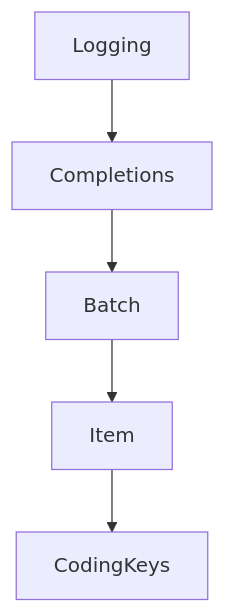
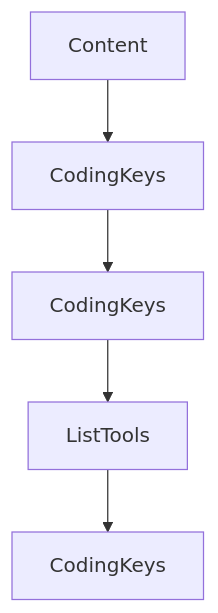
One commit to johnxie/awesome-code-docs changed the diagram in tutorials/mcp-swift-sdk-tutorial/03-tools-resources-prompts-and-request-patterns.md. Above: the diagram before and after it, drawn with Mermaid. The commit also changed other lines of this file and 1232 other files, not shown here.

````diff
--- a/tutorials/mcp-swift-sdk-tutorial/03-tools-resources-prompts-and-request-patterns.md
+++ b/tutorials/mcp-swift-sdk-tutorial/03-tools-resources-prompts-and-request-patterns.md
@@ -211,12 +211,12 @@
 ```mermaid
 flowchart TD
-    A[Logging]
-    B[Completions]
-    C[Batch]
-    D[Item]
+    A[Content]
+    B[CodingKeys]
+    C[CodingKeys]
+    D[ListTools]
     E[CodingKeys]
     A --> B
     B --> C
     C --> D
     D --> E
 ```
````
